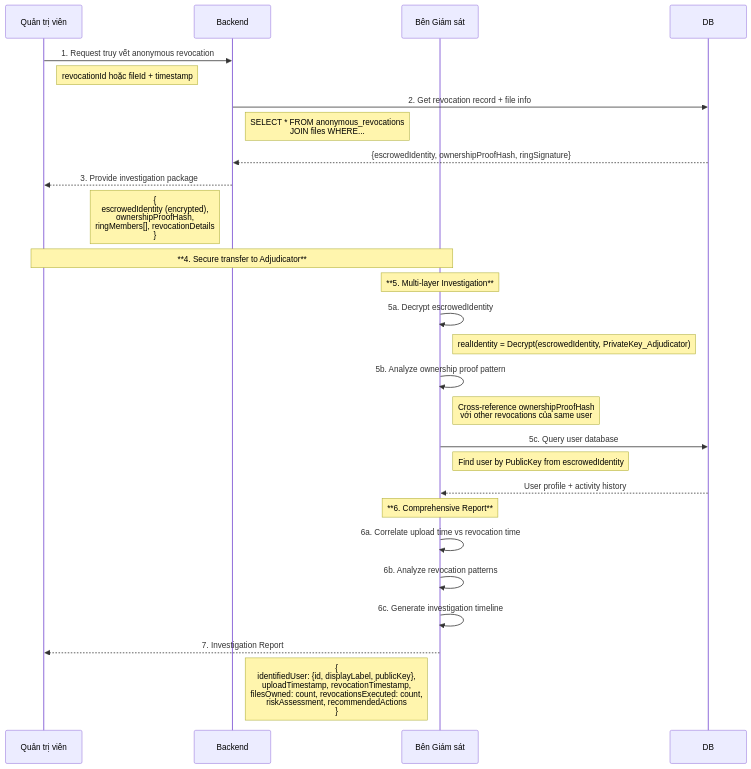
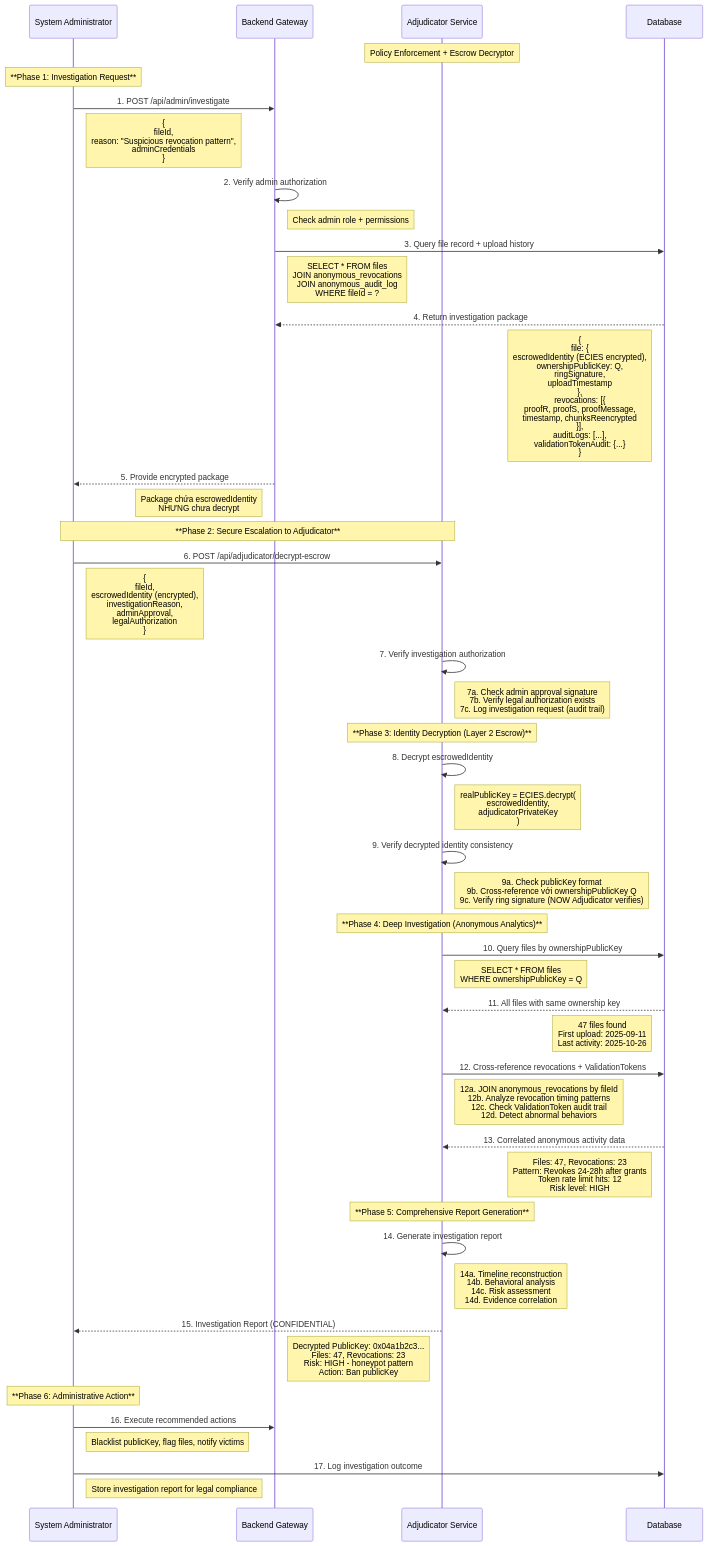
Before and after one commit to nguyenphuc22/ipfs-sandbox: the sixth of 6 diagrams in New_Thesis.md, drawn with Mermaid. The commit also changed other lines of this file and 5 other files, not shown here.

Commit message:
feat: implement re-encryption revocation; add key package validation, enhance revoke access logic, and update UI for key package handling

````diff
--- a/New_Thesis.md
+++ b/New_Thesis.md
@@ -639,38 +1530,66 @@
 ```mermaid
 sequenceDiagram
-    participant Admin as Quản trị viên
-    participant Backend
-    participant Adjudicator as Bên Giám sát
-    participant DB
+    participant Admin as System Administrator
+    participant Backend as Backend Gateway
+    participant Adjudicator as Adjudicator Service
+    participant DB as Database
 
-    Admin->>Backend: 1. Request truy vết anonymous revocation
-    note right of Admin: revocationId hoặc fileId + timestamp
+    note over Adjudicator: Policy Enforcement + Escrow Decryptor
 
-    Backend->>DB: 2. Get revocation record + file info
-    note right of Backend: SELECT * FROM anonymous_revocations<br/>JOIN files WHERE...
-    DB-->>Backend: {escrowedIdentity, ownershipProofHash, ringSignature}
+    note over Admin: **Phase 1: Investigation Request**
+    Admin->>Backend: 1. POST /api/admin/investigate
+    note right of Admin: {<br/>  fileId,<br/>  reason: "Suspicious revocation pattern",<br/>  adminCredentials<br/>}
 
-    Backend-->>Admin: 3. Provide investigation package
-    note left of Backend: {<br/>  escrowedIdentity (encrypted),<br/>  ownershipProofHash,<br/>  ringMembers[], revocationDetails<br/>}
+    Backend->>Backend: 2. Verify admin authorization
+    note right of Backend: Check admin role + permissions
 
-    note over Admin, Adjudicator: **4. Secure transfer to Adjudicator**
+    Backend->>DB: 3. Query file record + upload history
+    note right of Backend: SELECT * FROM files<br/>JOIN anonymous_revocations<br/>JOIN anonymous_audit_log<br/>WHERE fileId = ?
 
-    note over Adjudicator: **5. Multi-layer Investigation**
-    Adjudicator->>Adjudicator: 5a. Decrypt escrowedIdentity
-    note right of Adjudicator: realIdentity = Decrypt(escrowedIdentity, PrivateKey_Adjudicator)
-    
-    Adjudicator->>Adjudicator: 5b. Analyze ownership proof pattern
-    note right of Adjudicator: Cross-reference ownershipProofHash<br/>với other revocations của same user
-    
-    Adjudicator->>DB: 5c. Query user database
-    note right of Adjudicator: Find user by PublicKey from escrowedIdentity
-    DB-->>Adjudicator: User profile + activity history
+    DB-->>Backend: 4. Return investigation package
+    note left of DB: {<br/>  file: {<br/>    escrowedIdentity (ECIES encrypted),<br/>    ownershipPublicKey: Q,<br/>    ringSignature,<br/>    uploadTimestamp<br/>  },<br/>  revocations: [{<br/>    proofR, proofS, proofMessage,<br/>    timestamp, chunksReencrypted<br/>  }],<br/>  auditLogs: [...],<br/>  validationTokenAudit: {...}<br/>}
 
-    note over Adjudicator: **6. Comprehensive Report**
-    Adjudicator->>Adjudicator: 6a. Correlate upload time vs revocation time
-    Adjudicator->>Adjudicator: 6b. Analyze revocation patterns
-    Adjudicator->>Adjudicator: 6c. Generate investigation timeline
+    Backend-->>Admin: 5. Provide encrypted package
+    note left of Backend: Package chứa escrowedIdentity<br/>NHƯNG chưa decrypt
 
-    Adjudicator-->>Admin: 7. Investigation Report
-    note left of Adjudicator: {<br/>  identifiedUser: {id, displayLabel, publicKey},<br/>  uploadTimestamp, revocationTimestamp,<br/>  filesOwned: count, revocationsExecuted: count,<br/>  riskAssessment, recommendedActions<br/>}
+    note over Admin, Adjudicator: **Phase 2: Secure Escalation to Adjudicator**
+    Admin->>Adjudicator: 6. POST /api/adjudicator/decrypt-escrow
+    note right of Admin: {<br/>  fileId,<br/>  escrowedIdentity (encrypted),<br/>  investigationReason,<br/>  adminApproval,<br/>  legalAuthorization<br/>}
+
+    Adjudicator->>Adjudicator: 7. Verify investigation authorization
+    note right of Adjudicator: 7a. Check admin approval signature<br/>7b. Verify legal authorization exists<br/>7c. Log investigation request (audit trail)
+
+    note over Adjudicator: **Phase 3: Identity Decryption (Layer 2 Escrow)**
+    Adjudicator->>Adjudicator: 8. Decrypt escrowedIdentity
+    note right of Adjudicator: realPublicKey = ECIES.decrypt(<br/>  escrowedIdentity,<br/>  adjudicatorPrivateKey<br/>)
+
+    Adjudicator->>Adjudicator: 9. Verify decrypted identity consistency
+    note right of Adjudicator: 9a. Check publicKey format<br/>9b. Cross-reference với ownershipPublicKey Q<br/>9c. Verify ring signature (NOW Adjudicator verifies)
+
+    note over Adjudicator: **Phase 4: Deep Investigation (Anonymous Analytics)**
+    Adjudicator->>DB: 10. Query files by ownershipPublicKey
+    note right of Adjudicator: SELECT * FROM files<br/>WHERE ownershipPublicKey = Q
+
+    DB-->>Adjudicator: 11. All files with same ownership key
+    note left of DB: 47 files found<br/>First upload: 2025-09-11<br/>Last activity: 2025-10-26
+
+    Adjudicator->>DB: 12. Cross-reference revocations + ValidationTokens
+    note right of Adjudicator: 12a. JOIN anonymous_revocations by fileId<br/>12b. Analyze revocation timing patterns<br/>12c. Check ValidationToken audit trail<br/>12d. Detect abnormal behaviors
+
+    DB-->>Adjudicator: 13. Correlated anonymous activity data
+    note left of DB: Files: 47, Revocations: 23<br/>Pattern: Revokes 24-28h after grants<br/>Token rate limit hits: 12<br/>Risk level: HIGH
+
+    note over Adjudicator: **Phase 5: Comprehensive Report Generation**
+    Adjudicator->>Adjudicator: 14. Generate investigation report
+    note right of Adjudicator: 14a. Timeline reconstruction<br/>14b. Behavioral analysis<br/>14c. Risk assessment<br/>14d. Evidence correlation
+
+    Adjudicator-->>Admin: 15. Investigation Report (CONFIDENTIAL)
+    note left of Adjudicator: Decrypted PublicKey: 0x04a1b2c3...<br/>Files: 47, Revocations: 23<br/>Risk: HIGH - honeypot pattern<br/>Action: Ban publicKey
+
+    note over Admin: **Phase 6: Administrative Action**
+    Admin->>Backend: 16. Execute recommended actions
+    note right of Admin: Blacklist publicKey, flag files, notify victims
+
+    Admin->>DB: 17. Log investigation outcome
+    note right of Admin: Store investigation report for legal compliance
 ```
````
